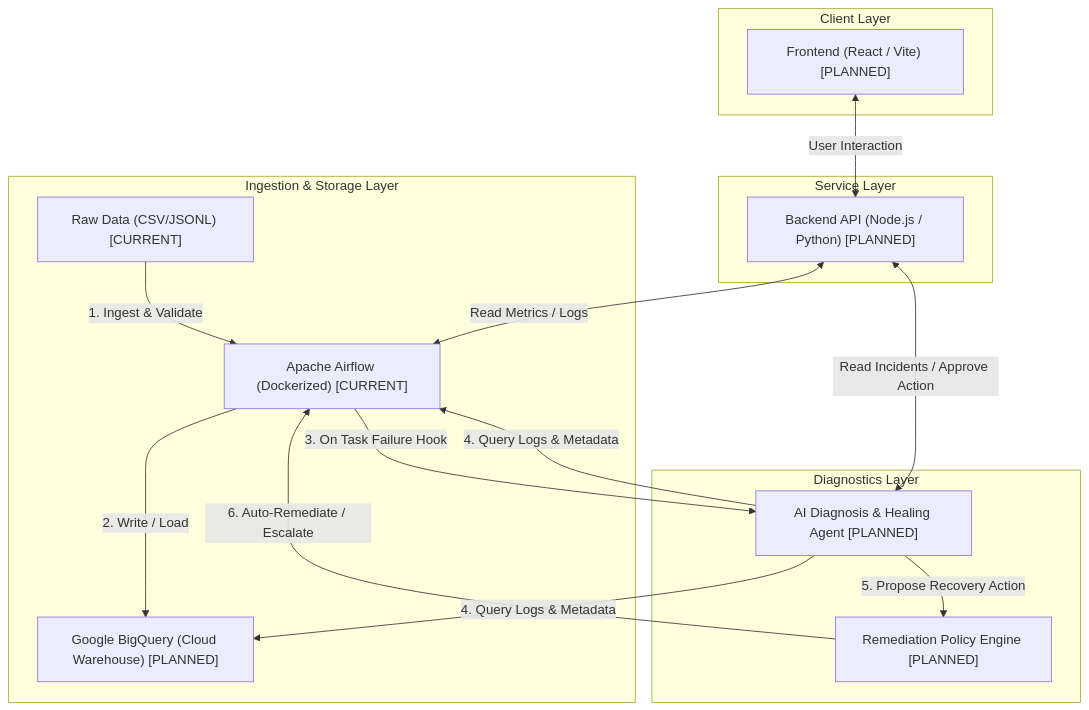
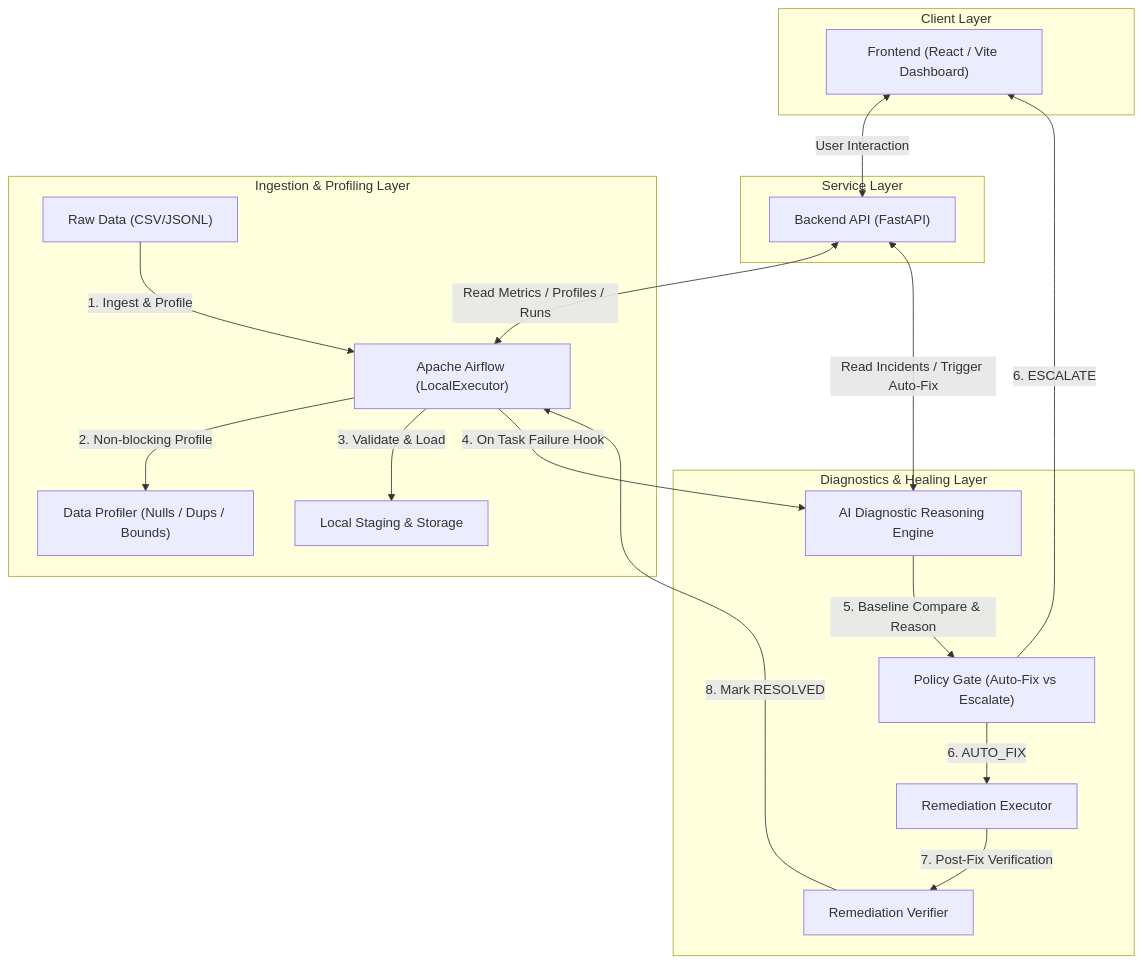
Before and after one commit to samriddhichauhan/self-healing-data-pipeline: the diagram in docs/architecture.md, drawn with Mermaid. The commit also changed other lines of this file and 12 other files, not shown here.

````diff
--- a/docs/architecture.md
+++ b/docs/architecture.md
@@ -11,36 +11,42 @@
 ```mermaid
 graph TD
     subgraph Client Layer
-        FE["Frontend (React / Vite) [PLANNED]"]
+        FE["Frontend (React / Vite Dashboard)"]
     end
 
     subgraph Service Layer
-        BE["Backend API (Node.js / Python) [PLANNED]"]
+        BE["Backend API (FastAPI)"]
     end
 
-    subgraph Ingestion & Storage Layer
-        AF["Apache Airflow (Dockerized) [CURRENT]"]
-        Raw["Raw Data (CSV/JSONL) [CURRENT]"]
-        BQ["Google BigQuery (Cloud Warehouse) [PLANNED]"]
+    subgraph Ingestion & Profiling Layer
+        AF["Apache Airflow (LocalExecutor)"]
+        Raw["Raw Data (CSV/JSONL)"]
+        Prof["Data Profiler (Nulls / Dups / Bounds)"]
+        Target["Local Staging & Storage"]
     end
 
-    subgraph Diagnostics Layer
-        Agent["AI Diagnosis & Healing Agent [PLANNED]"]
-        Policy["Remediation Policy Engine [PLANNED]"]
+    subgraph Diagnostics & Healing Layer
+        Agent["AI Diagnostic Reasoning Engine"]
+        Policy["Policy Gate (Auto-Fix vs Escalate)"]
+        Remediation["Remediation Executor"]
+        Verification["Remediation Verifier"]
     end
 
     %% Data flow
-    Raw -->|1. Ingest & Validate| AF
-    AF -->|2. Write / Load| BQ
+    Raw -->|1. Ingest & Profile| AF
+    AF -->|2. Non-blocking Profile| Prof
+    AF -->|3. Validate & Load| Target
 
     %% Control / Diagnostics flow
-    AF -->|3. On Task Failure Hook| Agent
-    Agent -->|4. Query Logs & Metadata| AF & BQ
-    Agent -->|5. Propose Recovery Action| Policy
-    Policy -->|6. Auto-Remediate / Escalate| AF
+    AF -->|4. On Task Failure Hook| Agent
+    Agent -->|5. Baseline Compare & Reason| Policy
+    Policy -->|6. AUTO_FIX| Remediation
+    Policy -->|6. ESCALATE| FE
+    Remediation -->|7. Post-Fix Verification| Verification
+    Verification -->|8. Mark RESOLVED| AF
     
     %% Management API flow
     FE <-->|User Interaction| BE
-    BE <-->|Read Metrics / Logs| AF
-    BE <-->|Read Incidents / Approve Action| Agent
+    BE <-->|Read Metrics / Profiles / Runs| AF
+    BE <-->|Read Incidents / Trigger Auto-Fix| Agent
 ```
````
